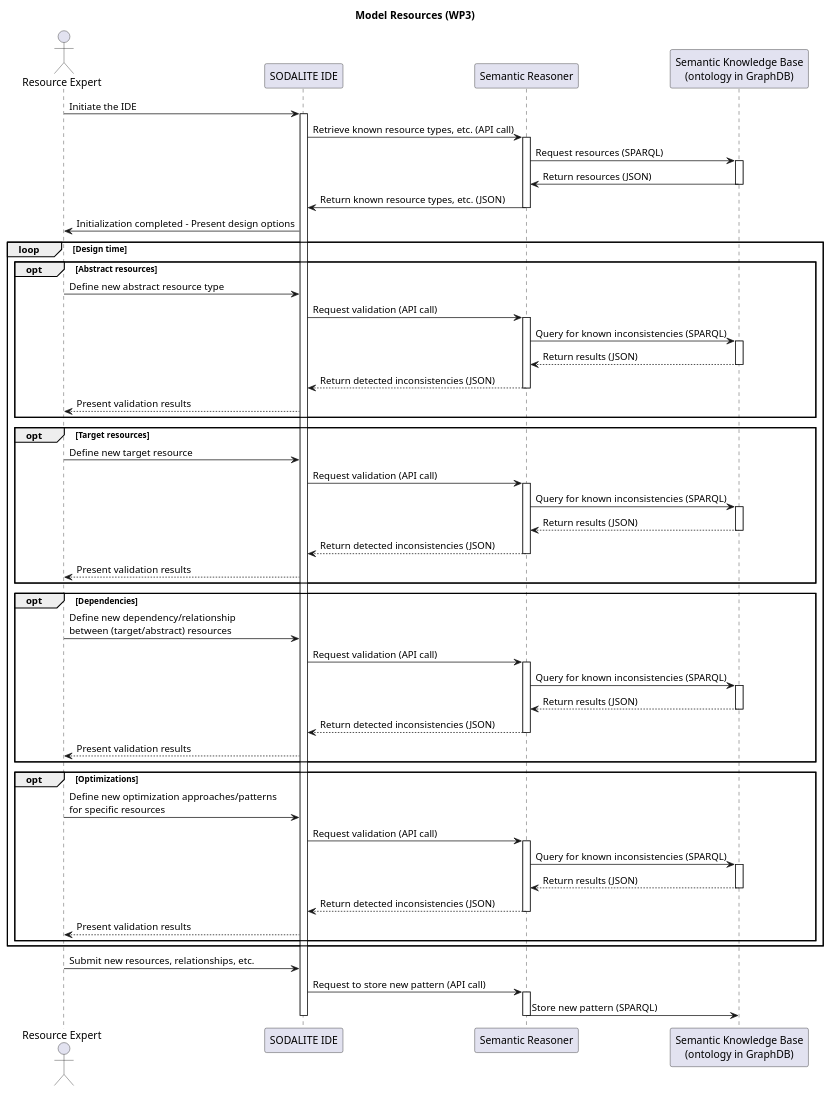
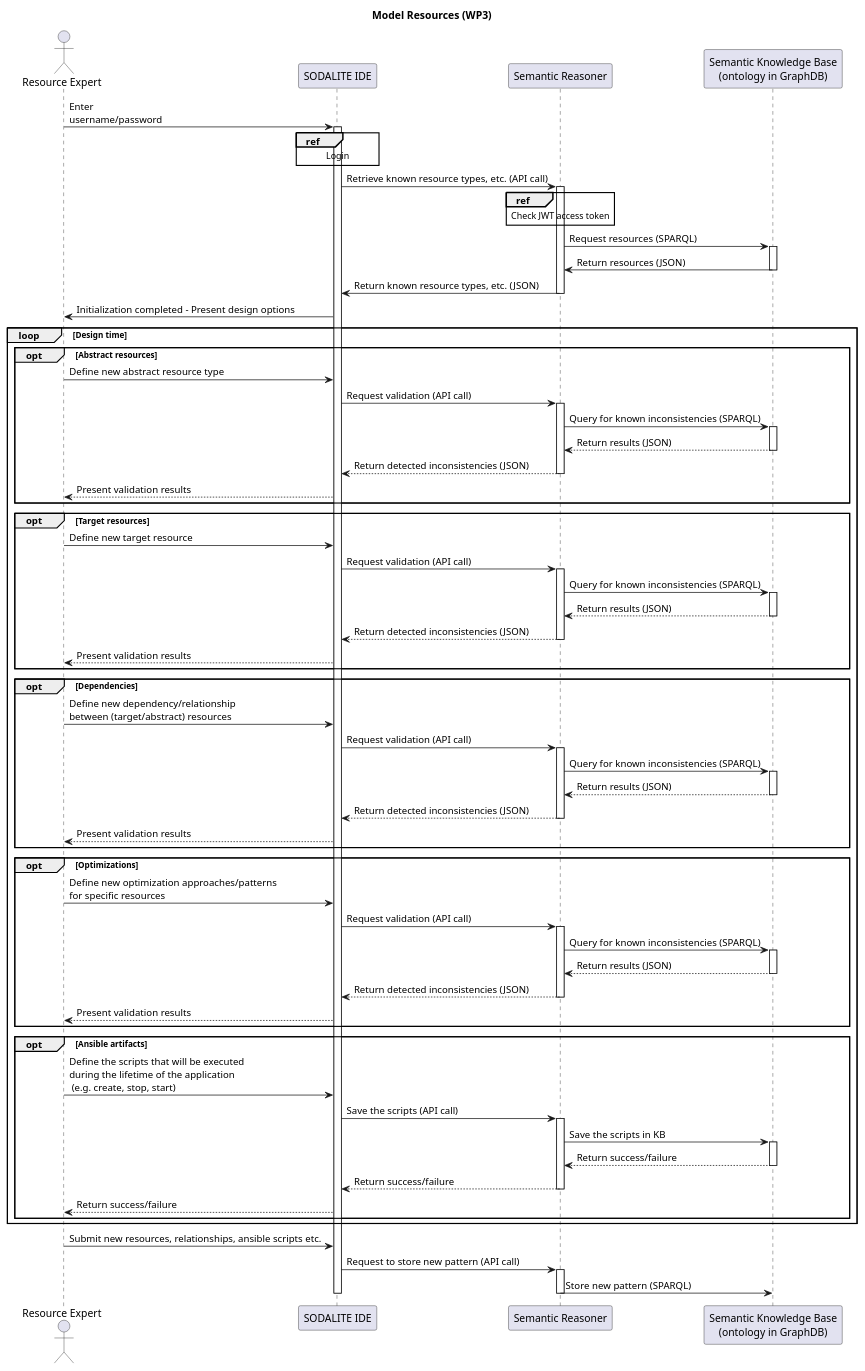
The diagram in uml/sequence-diagrams/UC-13-ModelResources-WP3.puml (SODALITE-EU/project-wide-documentation), drawn with PlantUML before and after one commit.

```diff
--- a/uml/sequence-diagrams/UC-13-ModelResources-WP3.puml
+++ b/uml/sequence-diagrams/UC-13-ModelResources-WP3.puml
@@ -1,84 +1,100 @@
 @startuml
 
 title Model Resources (WP3)
 
 actor "Resource Expert" as re
 participant "SODALITE IDE" as ide
 participant "Semantic Reasoner" as reasoner
 participant "Semantic Knowledge Base\n(ontology in GraphDB)" as ontology
 
-re->ide: Initiate the IDE
+re->ide: Enter\nusername/password
 activate ide
+ref over ide: Login
 ide->reasoner: Retrieve known resource types, etc. (API call)
 activate reasoner
+ref over reasoner: Check JWT access token
 reasoner->ontology: Request resources (SPARQL)
 activate ontology
 ontology->reasoner: Return resources (JSON)
 deactivate ontology
 reasoner->ide: Return known resource types, etc. (JSON)
 deactivate reasoner
 ide->re: Initialization completed - Present design options
 
 loop Design time
     opt Abstract resources
         re->ide: Define new abstract resource type
         ide->reasoner: Request validation (API call)
         activate reasoner
         reasoner->ontology: Query for known inconsistencies (SPARQL)
         activate ontology
         ontology-->reasoner: Return results (JSON)
         deactivate ontology
         reasoner-->ide: Return detected inconsistencies (JSON)
         deactivate reasoner
         ide-->re: Present validation results
     end
 
     opt Target resources
         re->ide: Define new target resource
         ide->reasoner: Request validation (API call)
         activate reasoner
         reasoner->ontology: Query for known inconsistencies (SPARQL)
         activate ontology
         ontology-->reasoner: Return results (JSON)
         deactivate ontology
         reasoner-->ide: Return detected inconsistencies (JSON)
         deactivate reasoner
         ide-->re: Present validation results
     end
 
     opt Dependencies
         re->ide: Define new dependency/relationship\nbetween (target/abstract) resources
         ide->reasoner: Request validation (API call)
         activate reasoner
         reasoner->ontology: Query for known inconsistencies (SPARQL)
         activate ontology
         ontology-->reasoner: Return results (JSON)
         deactivate ontology
         reasoner-->ide: Return detected inconsistencies (JSON)
         deactivate reasoner
         ide-->re: Present validation results
     end
 
     opt Optimizations
         re->ide: Define new optimization approaches/patterns\nfor specific resources
         ide->reasoner: Request validation (API call)
         activate reasoner
         reasoner->ontology: Query for known inconsistencies (SPARQL)
         activate ontology
         ontology-->reasoner: Return results (JSON)
         deactivate ontology
         reasoner-->ide: Return detected inconsistencies (JSON)
         deactivate reasoner
         ide-->re: Present validation results
     end
 
+    opt Ansible artifacts
+        re->ide: Define the scripts that will be executed\nduring the lifetime of the application \n (e.g. create, stop, start)
+        ide->reasoner: Save the scripts (API call)
+        activate reasoner
+        reasoner->ontology: Save the scripts in KB
+        activate ontology
+        ontology-->reasoner: Return success/failure
+        deactivate ontology
+        reasoner-->ide: Return success/failure
+        deactivate reasoner
+        ide-->re: Return success/failure
+    end
+
+
 end
 
-re->ide: Submit new resources, relationships, etc.
+re->ide: Submit new resources, relationships, ansible scripts etc.
 ide->reasoner: Request to store new pattern (API call)
 activate reasoner
 reasoner->ontology: Store new pattern (SPARQL)
 deactivate reasoner
 deactivate ide
 
 @enduml
```
